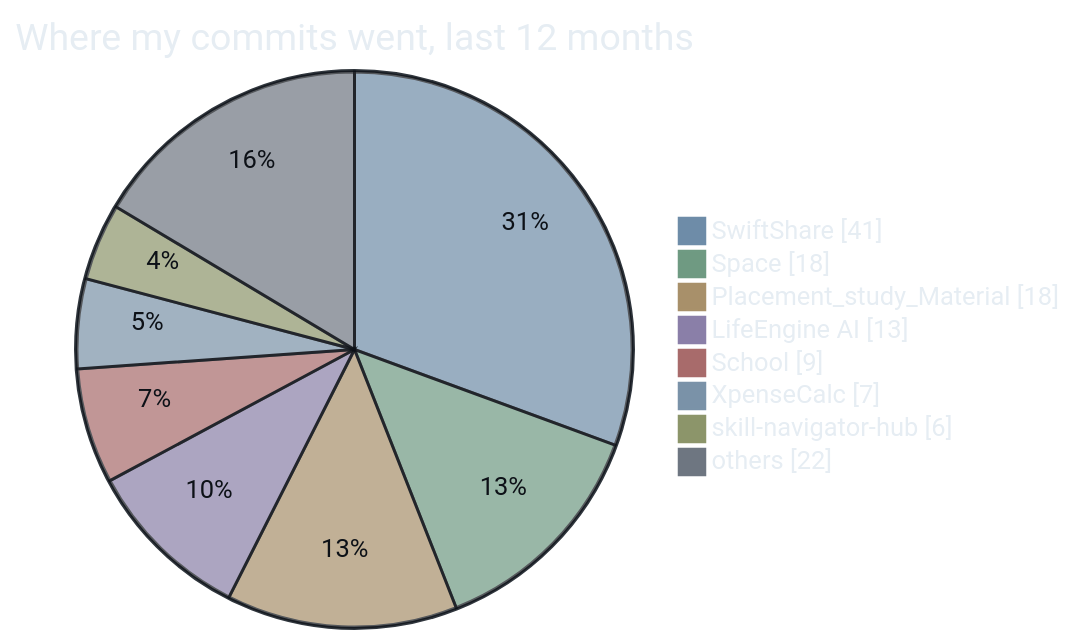
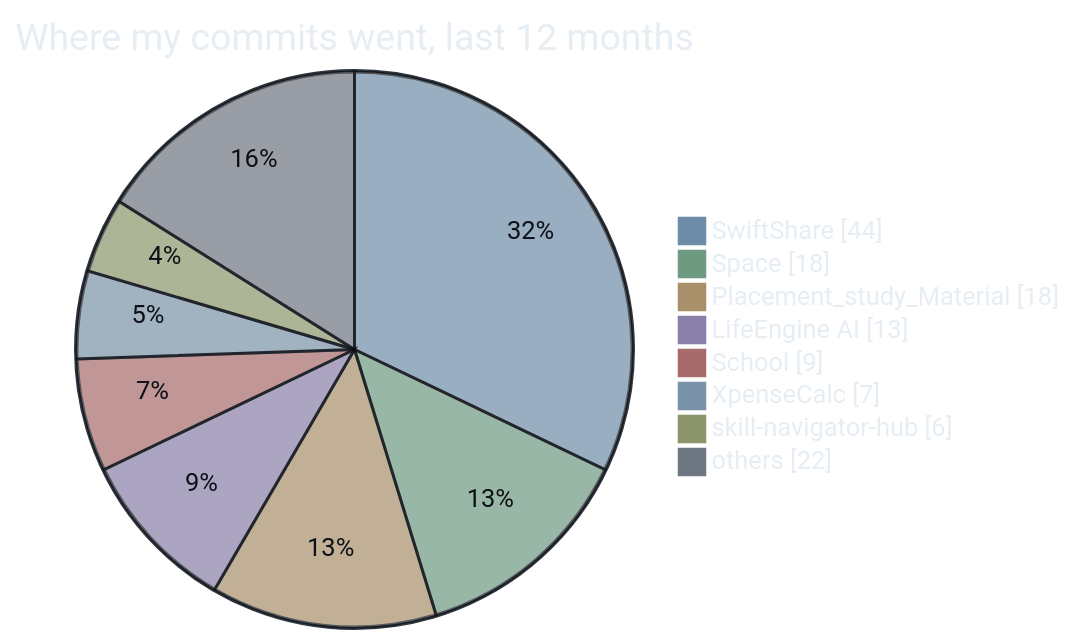
The seventh of 7 diagrams in README.md (AyushPandey510/AyushPandey510), drawn with Mermaid before and after one commit. The commit also changed other lines of this file and 10 other files, not shown here.

````diff
--- a/README.md
+++ b/README.md
@@ -187,12 +187,12 @@
 ```mermaid
 %%{init: {"theme":"base","themeVariables":{"pie1":"#6E8CA8","pie2":"#6F9A82","pie3":"#A8906A","pie4":"#8A7FA8","pie5":"#A86B6B","pie6":"#7A92A8","pie7":"#8C956A","pie8":"#6E7681","pieStrokeColor":"#0D1117","pieStrokeWidth":"2px","pieOuterStrokeColor":"#30363D","pieTitleTextColor":"#E6EDF3","pieSectionTextColor":"#0D1117","pieLegendTextColor":"#E6EDF3","fontFamily":"monospace"}}}%%
 pie showData title Where my commits went, last 12 months
-    "SwiftShare" : 41
+    "SwiftShare" : 44
     "Space" : 18
     "Placement_study_Material" : 18
     "LifeEngine AI" : 13
     "School" : 9
     "XpenseCalc" : 7
     "skill-navigator-hub" : 6
     "others" : 22
 ```
````
